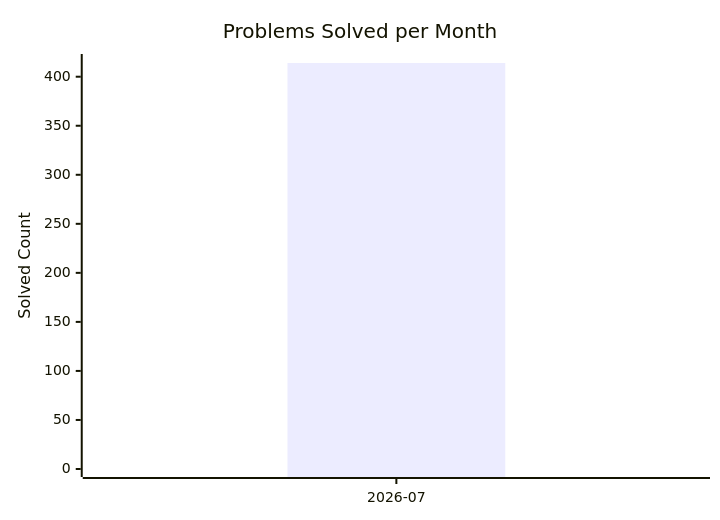
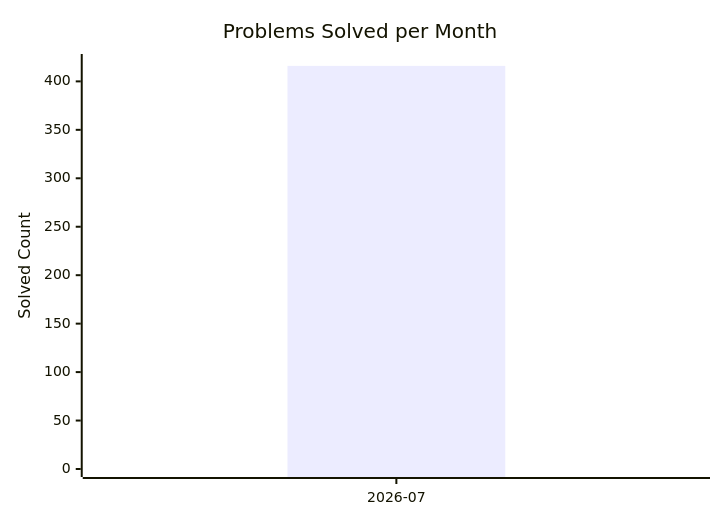
The diagram in dashboard.md (AdityaPandey-DEV/CP-Progress-Sync), drawn with Mermaid before and after one commit. The commit also changed other lines of this file, not shown here.

Commit message:
Auto-update CP dashboard [skip ci]

````diff
--- a/dashboard.md
+++ b/dashboard.md
@@ -8,8 +8,8 @@
 ```mermaid
 xychart-beta
     title "Problems Solved per Month"
     x-axis ["2026-07"]
-    y-axis "Solved Count" 0 --> 415
-    bar [414]
-    line [414]
+    y-axis "Solved Count" 0 --> 420
+    bar [416]
+    line [416]
 ```
````
